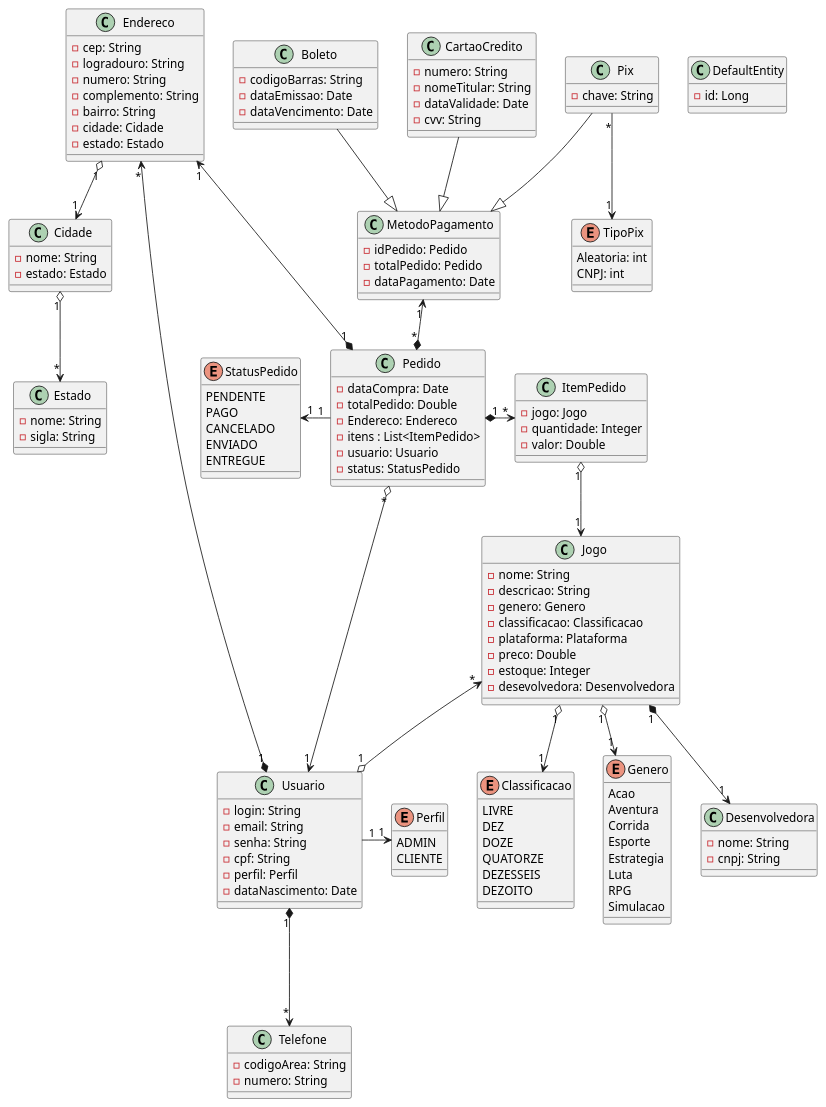
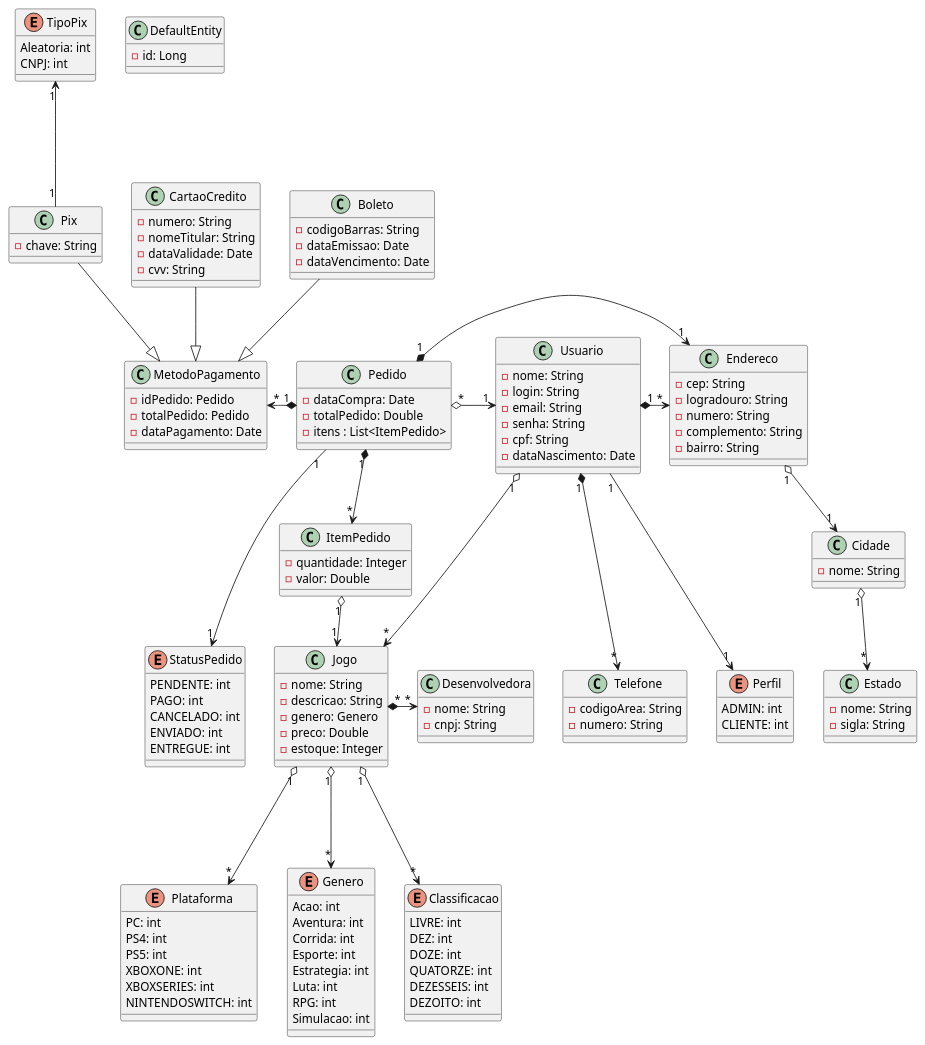
The diagram in uml.plantuml (luisnoleto/topicos2-quarkus), drawn with PlantUML before and after one commit. The commit also changed 1 other file, not shown here.

Commit message:
atualização do uml

```diff
--- a/uml.plantuml
+++ b/uml.plantuml
@@ -1,163 +1,164 @@
 @startuml Uml
 
 class DefaultEntity{
     - id: Long
 }
 
 class Usuario{
+    - nome: String
     - login: String
     - email: String
     - senha: String
     - cpf: String
-    - perfil: Perfil
     - dataNascimento: Date
-}
-
-Enum Perfil{
-    ADMIN
-    CLIENTE
-}
-
-class Telefone{
-    - codigoArea: String
-    - numero: String
-}
-
-class Jogo{
-    - nome: String
-    - descricao: String
-    - genero: Genero
-    - classificacao: Classificacao
-    - plataforma: Plataforma
-    - preco: Double
-    - estoque: Integer
-    - desevolvedora: Desenvolvedora
-}
-
-Enum Genero{
-    Acao
-    Aventura
-    Corrida
-    Esporte
-    Estrategia
-    Luta
-    RPG
-    Simulacao
-}
-
-class Endereco{
-    - cep: String
-    - logradouro: String
-    - numero: String
-    - complemento: String
-    - bairro: String
-    - cidade: Cidade
-    - estado: Estado
-}
-
-class Cidade{
-    - nome: String
-    - estado: Estado
-}
-
-class Estado{
-    - nome: String
-    - sigla: String
-}
-
-class Pedido{
-    - dataCompra: Date
-    - totalPedido: Double
-    - Endereco: Endereco
-    - itens : List<ItemPedido>
-    - usuario: Usuario
-    - status: StatusPedido
-}
-
-class ItemPedido{
-    - jogo: Jogo
-    - quantidade: Integer
-    - valor: Double
-
-}
-
-Enum StatusPedido{
-    PENDENTE
-    PAGO
-    CANCELADO
-    ENVIADO
-    ENTREGUE
-}
-
-class Desenvolvedora{
-    - nome: String
-    - cnpj: String
-}
-
-
-Enum Classificacao{
-    LIVRE
-    DEZ
-    DOZE
-    QUATORZE
-    DEZESSEIS
-    DEZOITO
-}
-
-class Boleto{
-    - codigoBarras: String
-    - dataEmissao: Date
-    - dataVencimento: Date
-}
-
-class Pix{
-    - chave: String
-}
-
-Enum TipoPix{
-    Aleatoria: int
-    CNPJ: int
 }
 
 class CartaoCredito{
     - numero: String
     - nomeTitular: String
     - dataValidade: Date
     - cvv: String
 }
 
 class MetodoPagamento{
     - idPedido: Pedido
     - totalPedido: Pedido
     - dataPagamento: Date
 }
 
 
+class Telefone{
+    - codigoArea: String
+    - numero: String
+}
+
+class Jogo{
+    - nome: String
+    - descricao: String
+    - genero: Genero
+    - preco: Double
+    - estoque: Integer
+}
+
+class Boleto{
+    - codigoBarras: String
+    - dataEmissao: Date
+    - dataVencimento: Date
+}
+
+class Pix{
+    - chave: String
+}
+
+class Endereco{
+    - cep: String
+    - logradouro: String
+    - numero: String
+    - complemento: String
+    - bairro: String
+}
+
+class Cidade{
+    - nome: String
+}
+
+class Estado{
+    - nome: String
+    - sigla: String
+}
+
+class Pedido{
+    - dataCompra: Date
+    - totalPedido: Double
+    - itens : List<ItemPedido>
+}
+
+class ItemPedido{
+    - quantidade: Integer
+    - valor: Double
+
+}
+
+class Desenvolvedora{
+    - nome: String
+    - cnpj: String
+}
+
+
+Enum Plataforma{
+    PC: int
+    PS4: int
+    PS5: int
+    XBOXONE: int
+    XBOXSERIES: int
+    NINTENDOSWITCH: int
+}
+
+Enum Genero{
+    Acao: int
+    Aventura: int
+    Corrida: int
+    Esporte: int
+    Estrategia: int
+    Luta: int
+    RPG: int
+    Simulacao: int
+}
+
+
+Enum StatusPedido{
+    PENDENTE: int
+    PAGO: int
+    CANCELADO: int
+    ENVIADO: int
+    ENTREGUE: int
+}
+
+Enum Classificacao{
+    LIVRE: int
+    DEZ: int
+    DOZE: int
+    QUATORZE: int
+    DEZESSEIS: int
+    DEZOITO: int
+}
+
+Enum TipoPix{
+    Aleatoria: int
+    CNPJ: int
+}
+
+Enum Perfil{
+    ADMIN: int
+    CLIENTE: int
+}
+
+
 
 Usuario "1" *--down-> "*" Telefone
-Usuario "1" *--up-> "*" Endereco
-Usuario "1" o--left-> "*" Jogo
-Usuario "1" --right-> "1" Perfil
+Usuario "1" *--right-> "*" Endereco
+Usuario "1" o--down-> "*" Jogo
+Usuario "1" --down-> "1" Perfil
 
-Pedido "*" o--down-> "1" Usuario
-Pedido "1" *--right-> "*" ItemPedido
-Pedido "1" --left-> "1" StatusPedido
-Pedido "1" *--up-> "1" Endereco
+Pedido "*" o--right-> "1" Usuario
+Pedido "1" *--right->"*" ItemPedido
+Pedido "1" --down-> "1" StatusPedido
+Pedido "1" *--right-> "1" Endereco
+Pedido "1" *--left-> "*" MetodoPagamento
 
 ItemPedido "1" o--> "1" Jogo
 
-Jogo "1" *--> "1" Desenvolvedora
-Jogo "1" o--> "1" Genero
-Jogo "1" o--> "1" Classificacao
-
+Jogo "*" *--right-> "*" Desenvolvedora
+Jogo "1" o--down-> "*" Genero
+Jogo "1" o--down-> "*" Classificacao
+Jogo "1" o--down-> "*" Plataforma
 Endereco "1" o--> "1" Cidade
 Cidade "1" o--> "*" Estado
 
-Pix "*" --> "1" TipoPix
+Pix "1" --up-> "1" TipoPix
 Boleto --|> MetodoPagamento
 Pix --|> MetodoPagamento
-MetodoPagamento "1" <--* "*" Pedido
 CartaoCredito --|> MetodoPagamento
 
 
 @enduml
```
